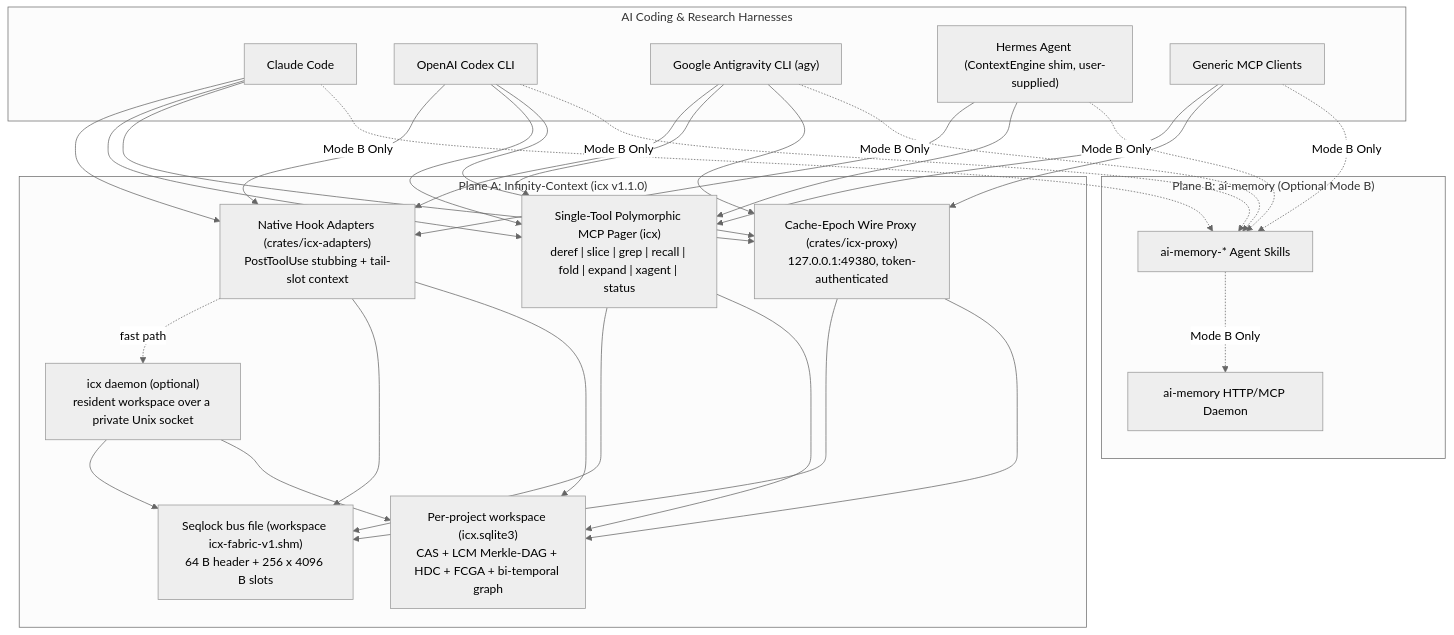
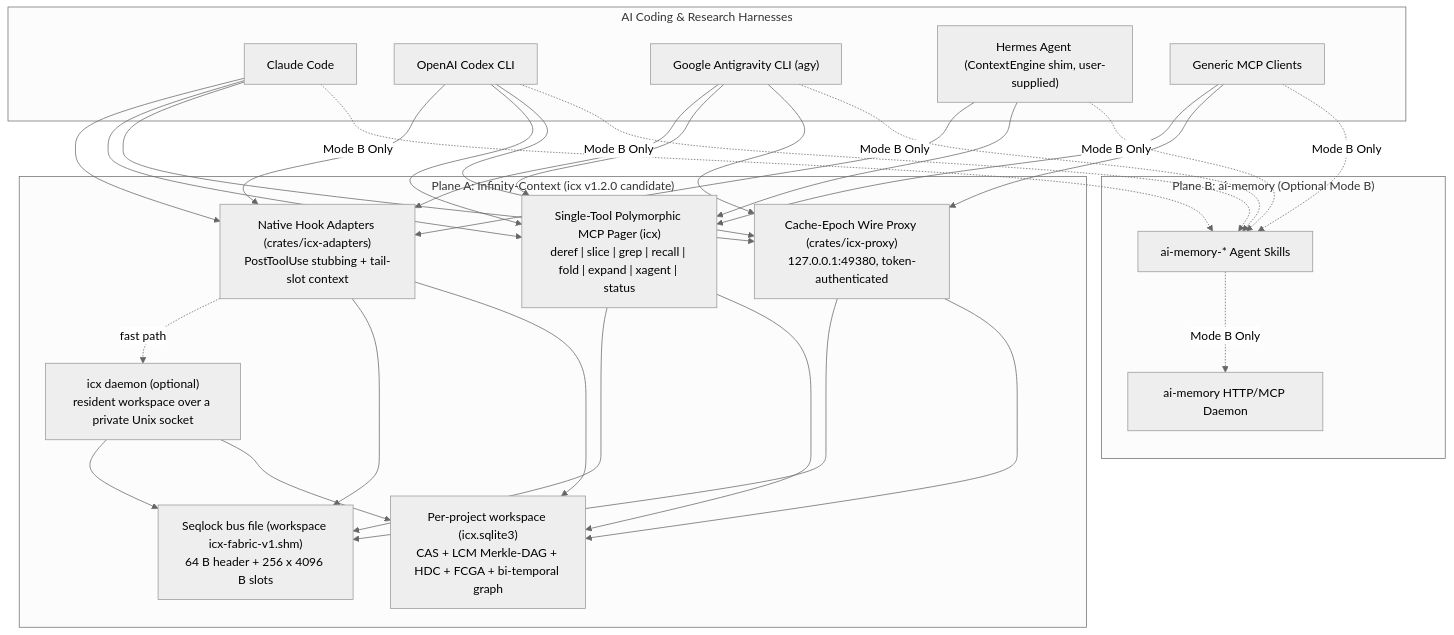
The first of 3 diagrams in docs/deployment-and-agent-integration-guide.md (doublegate/Infinity-Context), drawn with Mermaid (neutral theme) before and after one commit. The commit also changed other lines of this file and 594 other files, not shown here.

````diff
--- a/docs/deployment-and-agent-integration-guide.md
+++ b/docs/deployment-and-agent-integration-guide.md
@@ -40,33 +50,33 @@
 ```mermaid
 flowchart TB
     subgraph Harnesses["AI Coding & Research Harnesses"]
         CC["Claude Code"]
         CX["OpenAI Codex CLI"]
         AGY["Google Antigravity CLI (agy)"]
         HM["Hermes Agent (ContextEngine shim, user-supplied)"]
         GEN["Generic MCP Clients"]
     end
 
-    subgraph ICX["Plane A: Infinity-Context (icx v1.1.0)"]
+    subgraph ICX["Plane A: Infinity-Context (icx v1.2.0 candidate)"]
         HOOKS["Native Hook Adapters (crates/icx-adapters)\nPostToolUse stubbing + tail-slot context"]
         DAEMON["icx daemon (optional)\nresident workspace over a private Unix socket"]
         MCP_ICX["Single-Tool Polymorphic MCP Pager (icx)\nderef | slice | grep | recall | fold | expand | xagent | status"]
         PROXY["Cache-Epoch Wire Proxy (crates/icx-proxy)\n127.0.0.1:49380, token-authenticated"]
         BUS["Seqlock bus file (workspace icx-fabric-v1.shm)\n64 B header + 256 x 4096 B slots"]
         MMU["Per-project workspace (icx.sqlite3)\nCAS + LCM Merkle-DAG + HDC + FCGA + bi-temporal graph"]
     end
 
     subgraph AIM["Plane B: ai-memory (Optional Mode B)"]
         AIM_SKILLS["ai-memory-* Agent Skills"]
         AIM_DAEMON["ai-memory HTTP/MCP Daemon"]
     end
 
     CC & CX & AGY & HM --> HOOKS
     HOOKS -. "fast path" .-> DAEMON
     CC & CX & AGY & HM & GEN --> MCP_ICX
     CC & CX & AGY & GEN --> PROXY
     HOOKS & DAEMON & MCP_ICX & PROXY --> BUS
     HOOKS & DAEMON & MCP_ICX & PROXY --> MMU
     CC & CX & AGY & HM & GEN -. "Mode B Only" .-> AIM_SKILLS
     AIM_SKILLS -. "Mode B Only" .-> AIM_DAEMON
 ```
````
